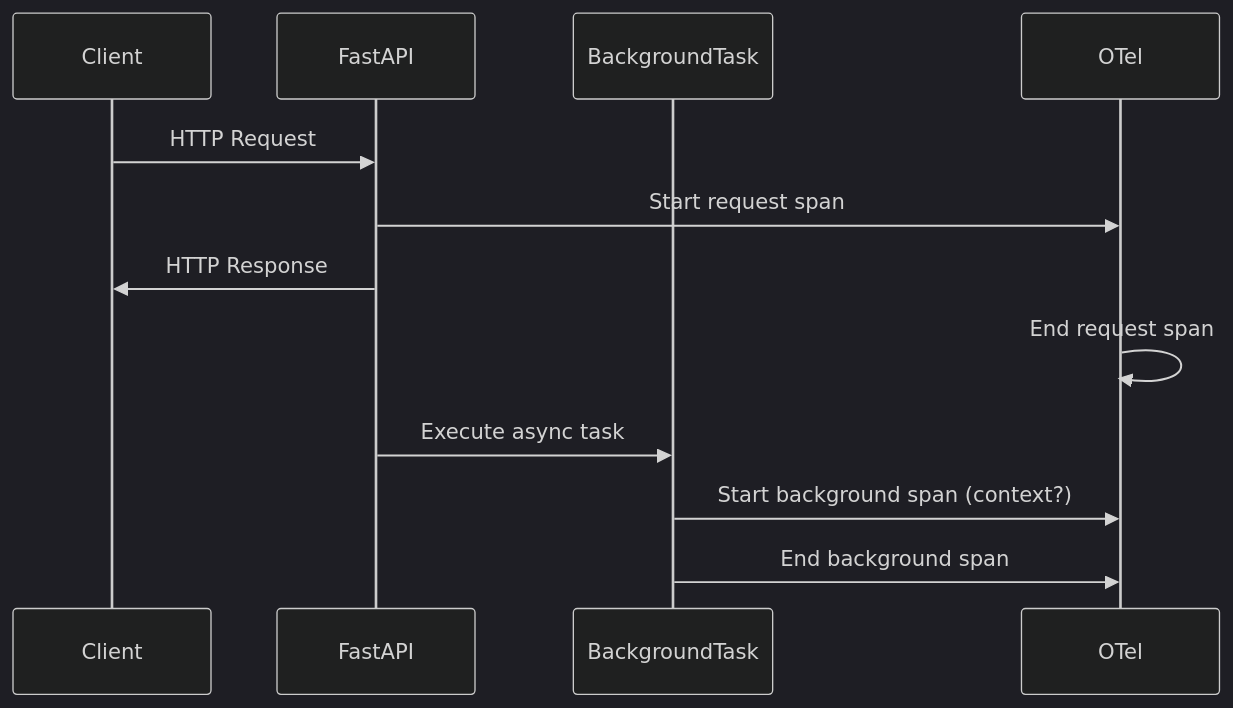
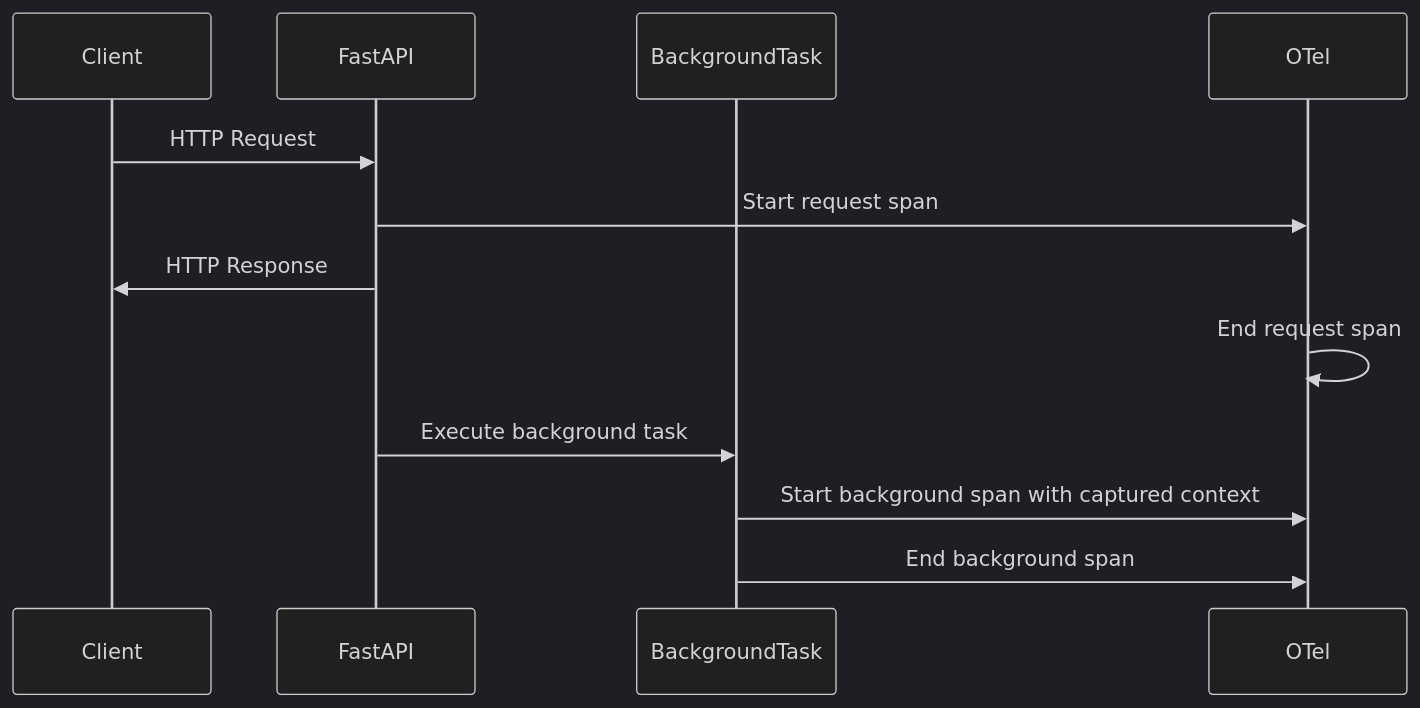
Before and after one commit to OneUptime/blog: the first of 2 diagrams in posts/2026-02-06-trace-fastapi-background-tasks-opentelemetry/README.md, drawn with Mermaid (dark theme). The commit also changed other lines of this file and 2 other files, not shown here.

Commit message:
validate: 2026-02-06-trace-fastapi-background-tasks-opentelemetry

````diff
--- a/posts/2026-02-06-trace-fastapi-background-tasks-opentelemetry/README.md
+++ b/posts/2026-02-06-trace-fastapi-background-tasks-opentelemetry/README.md
@@ -17,15 +17,15 @@
 ```mermaid
 sequenceDiagram
     participant Client
     participant FastAPI
     participant BackgroundTask
     participant OTel
 
     Client->>FastAPI: HTTP Request
     FastAPI->>OTel: Start request span
     FastAPI->>Client: HTTP Response
     OTel->>OTel: End request span
-    FastAPI->>BackgroundTask: Execute async task
-    BackgroundTask->>OTel: Start background span (context?)
+    FastAPI->>BackgroundTask: Execute background task
+    BackgroundTask->>OTel: Start background span with captured context
     BackgroundTask->>OTel: End background span
 ```
````
